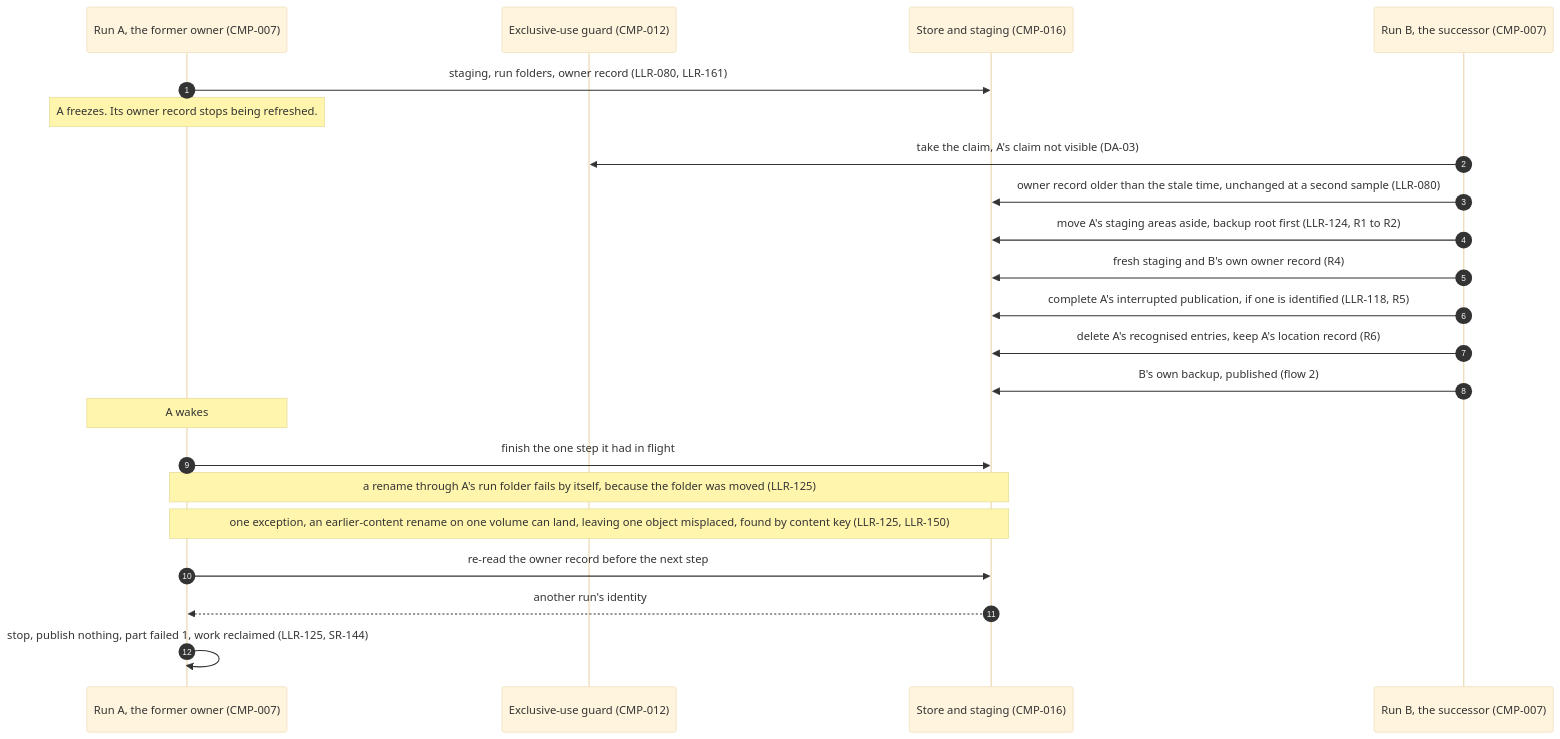
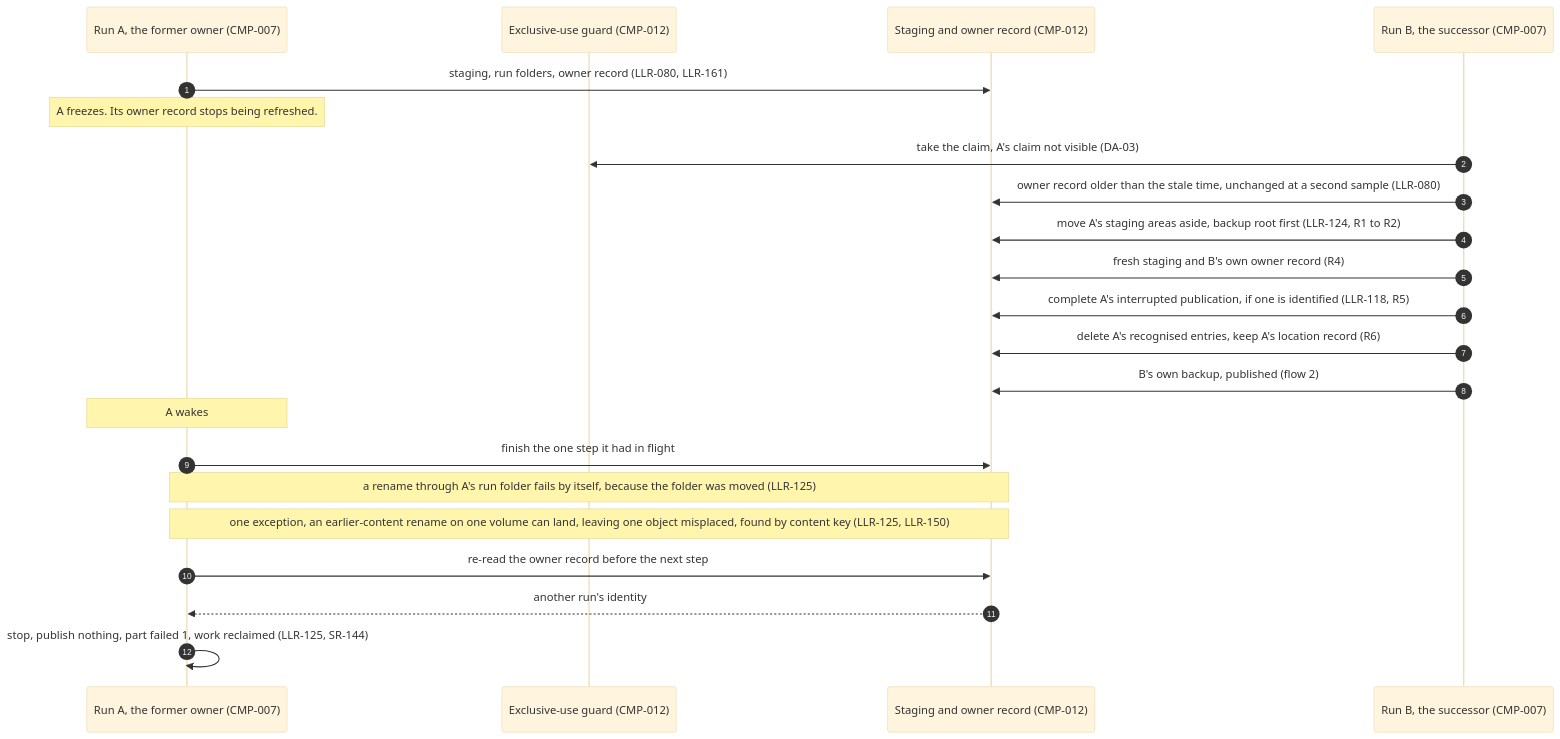
Before and after one commit to diytechy/FileBackup: the fifth of 10 diagrams in docs/runtime-flows.md, drawn with Mermaid (base theme). The commit also changed other lines of this file and 6 other files, not shown here.

````diff
--- a/docs/runtime-flows.md
+++ b/docs/runtime-flows.md
@@ -162,24 +180,24 @@
 ```mermaid
 sequenceDiagram
     autonumber
     participant A as Run A, the former owner (CMP-007)
     participant Guard as Exclusive-use guard (CMP-012)
-    participant Store as Store and staging (CMP-016)
+    participant Store as Staging and owner record (CMP-012)
     participant B as Run B, the successor (CMP-007)
     A->>Store: staging, run folders, owner record (LLR-080, LLR-161)
     Note over A: A freezes. Its owner record stops being refreshed.
     B->>Guard: take the claim, A's claim not visible (DA-03)
     B->>Store: owner record older than the stale time, unchanged at a second sample (LLR-080)
     B->>Store: move A's staging areas aside, backup root first (LLR-124, R1 to R2)
     B->>Store: fresh staging and B's own owner record (R4)
     B->>Store: complete A's interrupted publication, if one is identified (LLR-118, R5)
     B->>Store: delete A's recognised entries, keep A's location record (R6)
     B->>Store: B's own backup, published (flow 2)
     Note over A: A wakes
     A->>Store: finish the one step it had in flight
     Note over A,Store: a rename through A's run folder fails by itself, because the folder was moved (LLR-125)
     Note over A,Store: one exception, an earlier-content rename on one volume can land, leaving one object misplaced, found by content key (LLR-125, LLR-150)
     A->>Store: re-read the owner record before the next step
     Store-->>A: another run's identity
     A->>A: stop, publish nothing, part failed 1, work reclaimed (LLR-125, SR-144)
 ```
````
